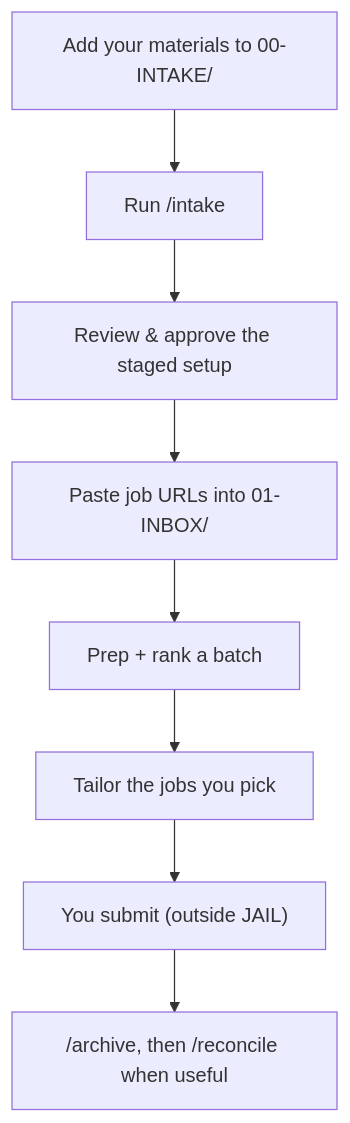
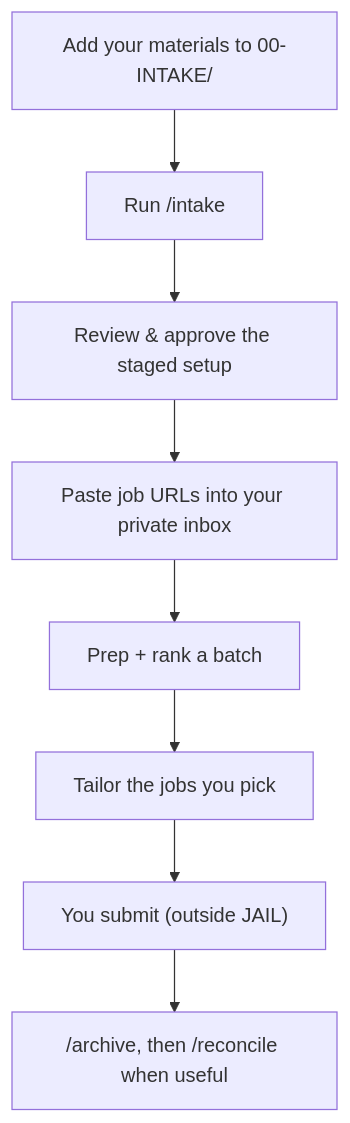
Before and after one commit to redheadjessica/job-application-intelligence-layer: the diagram in README.md, drawn with Mermaid. The commit also changed other lines of this file and 10 other files, not shown here.

First line of the commit message:
Restructure 01-INBOX into ENGINE/PRIVATE roots

````diff
--- a/README.md
+++ b/README.md
@@ -24,10 +24,10 @@
 ```mermaid
 flowchart TD
   A["Add your materials to 00-INTAKE/"] --> B["Run /intake"]
   B --> C["Review & approve the staged setup"]
-  C --> D["Paste job URLs into 01-INBOX/"]
+  C --> D["Paste job URLs into your private inbox"]
   D --> E["Prep + rank a batch"]
   E --> F["Tailor the jobs you pick"]
   F --> G["You submit (outside JAIL)"]
   G --> H["/archive, then /reconcile when useful"]
 ```
````
